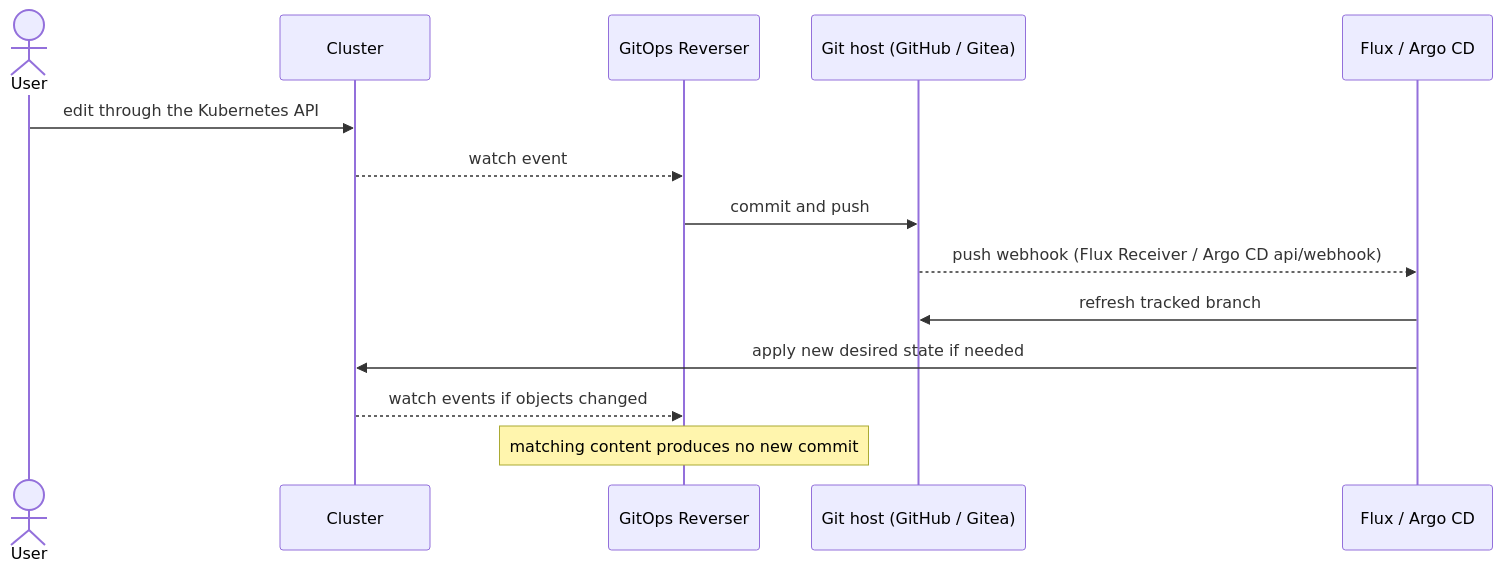
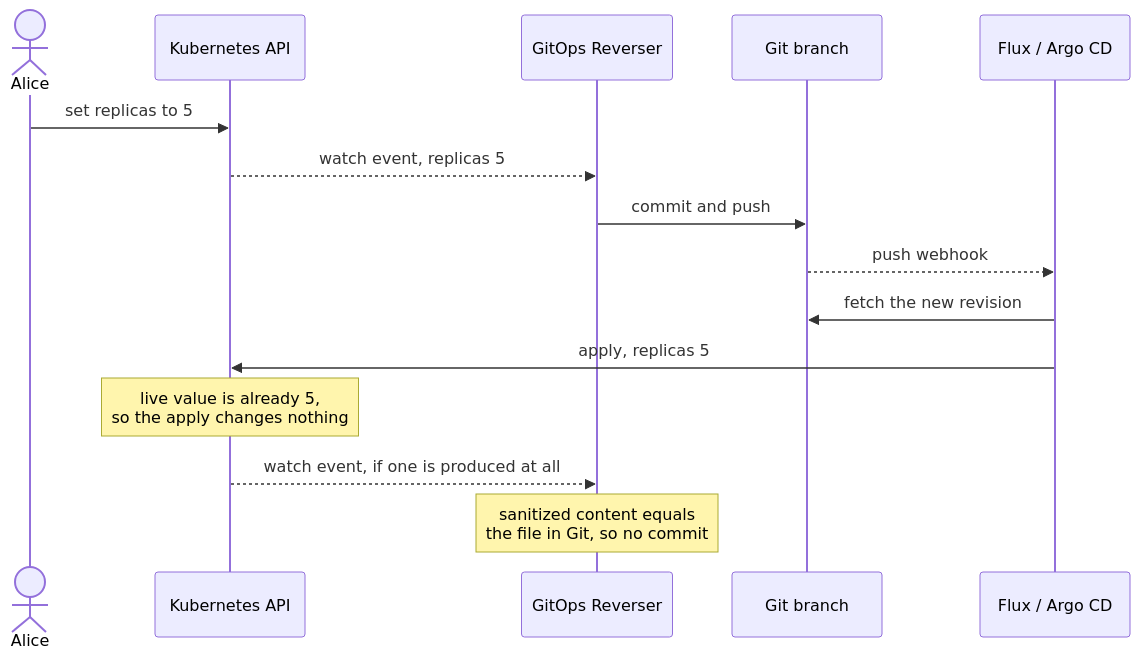
The third of 3 diagrams in docs/bi-directional.md (ConfigButler/gitops-reverser), drawn with Mermaid before and after one commit. The commit also changed other lines of this file and 40 other files, not shown here.

````diff
--- a/docs/bi-directional.md
+++ b/docs/bi-directional.md
@@ -38,17 +166,18 @@
 ```mermaid
 sequenceDiagram
-    actor User
-    participant K8s as Cluster
+    actor Alice
+    participant API as Kubernetes API
     participant Rev as GitOps Reverser
-    participant Git as Git host (GitHub / Gitea)
-    participant Recon as Flux / Argo CD
+    participant Git as Git branch
+    participant Rec as Flux / Argo CD
 
-    User->>K8s: edit through the Kubernetes API
-    K8s-->>Rev: watch event
+    Alice->>API: set replicas to 5
+    API-->>Rev: watch event, replicas 5
     Rev->>Git: commit and push
-    Git-->>Recon: push webhook (Flux Receiver / Argo CD api/webhook)
-    Recon->>Git: refresh tracked branch
-    Recon->>K8s: apply new desired state if needed
-    K8s-->>Rev: watch events if objects changed
-    Note over Rev: matching content produces no new commit
+    Git-->>Rec: push webhook
+    Rec->>Git: fetch the new revision
+    Rec->>API: apply, replicas 5
+    Note over API: live value is already 5,<br/>so the apply changes nothing
+    API-->>Rev: watch event, if one is produced at all
+    Note over Rev: sanitized content equals<br/>the file in Git, so no commit
 ```
````
